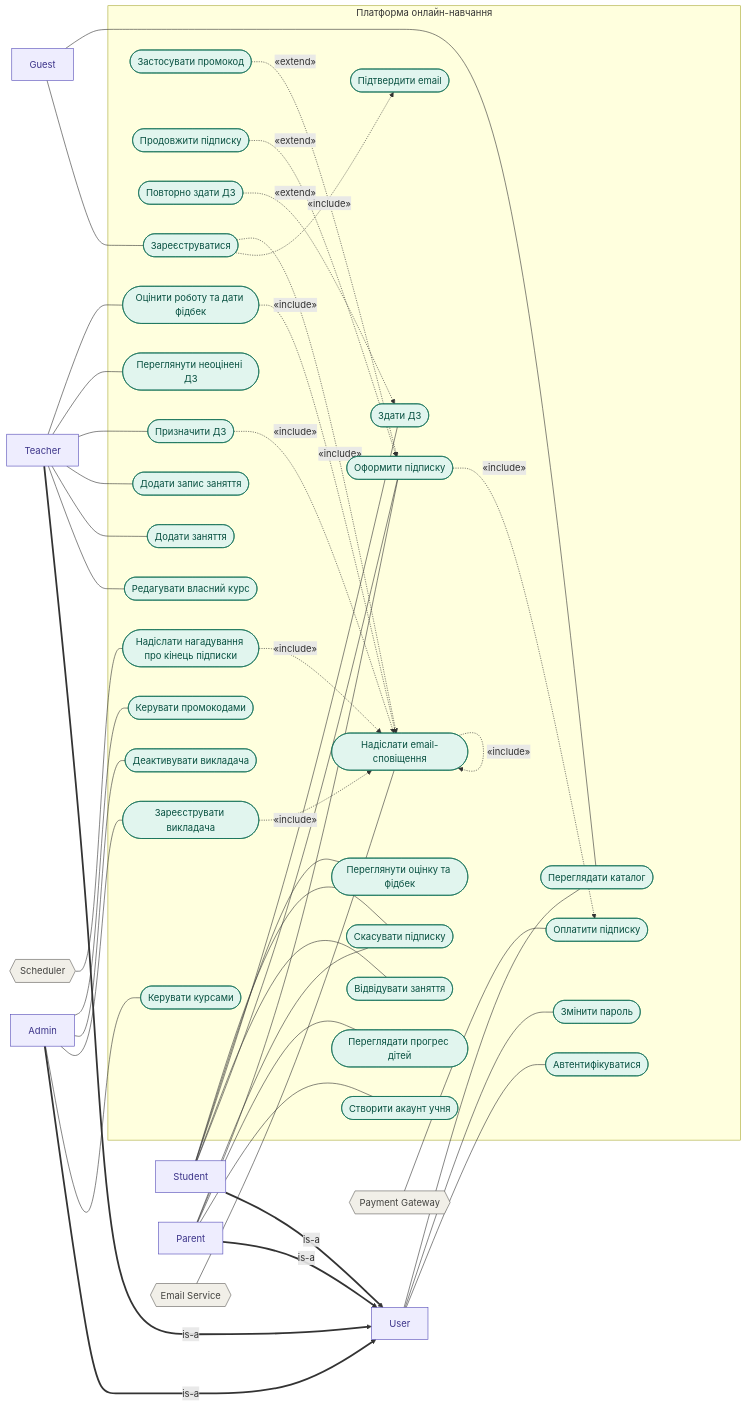
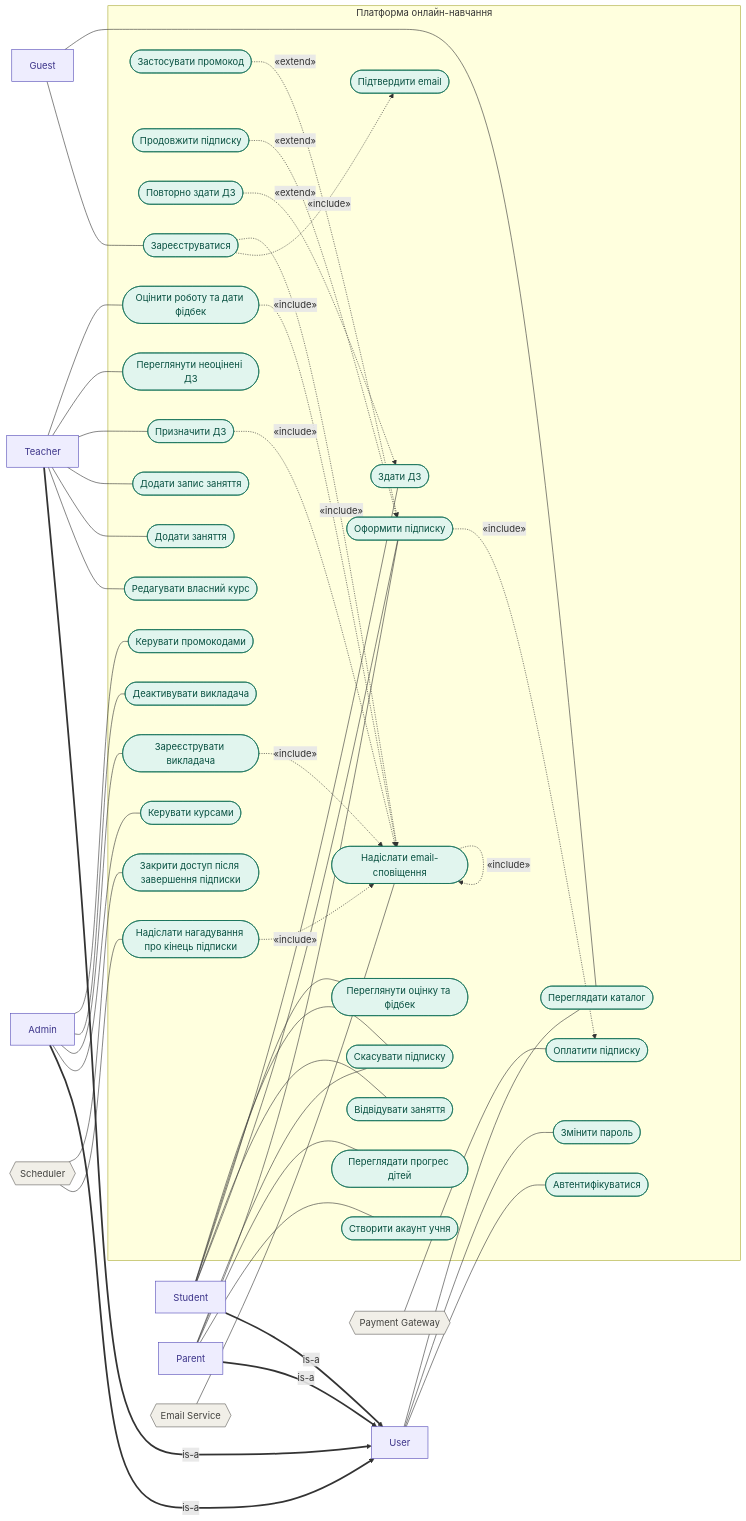
The diagram in Use Cases/use-case-diagram.mmd (grmaryna/MathHub), drawn with Mermaid before and after one commit. The commit also changed 2 other files, not shown here.

```diff
--- a/Use Cases/use-case-diagram.mmd
+++ b/Use Cases/use-case-diagram.mmd
@@ -1,95 +1,97 @@
 flowchart LR
   U["User"]:::human
   G["Guest"]:::human
   S["Student"]:::human
   P["Parent"]:::human
   T["Teacher"]:::human
   A["Admin"]:::human
   PG{{"Payment Gateway"}}:::system
   ES{{"Email Service"}}:::system
   SCH{{"Scheduler"}}:::system
 
   S -->|"is-a"| U
   P -->|"is-a"| U
   T -->|"is-a"| U
   A -->|"is-a"| U
 
   subgraph SYS["Платформа онлайн-навчання"]
     UC1(["Зареєструватися"]):::uc
     UC2(["Підтвердити email"]):::uc
     UC3(["Автентифікуватися"]):::uc
     UC4(["Змінити пароль"]):::uc
     UC5(["Створити акаунт учня"]):::uc
     UC6(["Переглядати прогрес дітей"]):::uc
     UC7(["Оформити підписку"]):::uc
     UC8(["Оплатити підписку"]):::uc
     UC9(["Застосувати промокод"]):::uc
     UC10(["Продовжити підписку"]):::uc
     UC11(["Відвідувати заняття"]):::uc
     UC12(["Здати ДЗ"]):::uc
     UC13(["Повторно здати ДЗ"]):::uc
     UC14(["Переглянути оцінку та фідбек"]):::uc
     UC15(["Редагувати власний курс"]):::uc
     UC16(["Додати заняття"]):::uc
     UC17(["Додати запис заняття"]):::uc
     UC18(["Призначити ДЗ"]):::uc
     UC19(["Переглянути неоцінені ДЗ"]):::uc
     UC20(["Оцінити роботу та дати фідбек"]):::uc
     UC21(["Керувати курсами"]):::uc
     UC22(["Зареєструвати викладача"]):::uc
     UC23(["Деактивувати викладача"]):::uc
     UC24(["Керувати промокодами"]):::uc
     UC25(["Надіслати email-сповіщення"]):::uc
     UC26(["Надіслати нагадування про кінець підписки"]):::uc
     UC27(["Переглядати каталог"]):::uc
     UC28(["Скасувати підписку"]):::uc
+    UC29(["Закрити доступ після завершення підписки"]):::uc
   end
 
   %% Асоціації
   G --- UC1
   G --- UC27
   U --- UC3
   U --- UC4
   U --- UC27
   P --- UC5
   P --- UC6
   P --- UC7
   P --- UC28
   S --- UC7
   S --- UC11
   S --- UC12
   S --- UC14
   S --- UC28
   T --- UC15
   T --- UC16
   T --- UC17
   T --- UC18
   T --- UC19
   T --- UC20
   A --- UC21
   A --- UC22
   A --- UC23
   A --- UC24
   PG --- UC8
   ES --- UC25
   SCH --- UC26
+  SCH --- UC29
 
   %% include: базовий UC -> включений
   UC1 -.->|"«include»"| UC2
   UC1 -.->|"«include»"| UC25
   UC7 -.->|"«include»"| UC8
   UC18 -.->|"«include»"| UC25
   UC20 -.->|"«include»"| UC25
   UC22 -.->|"«include»"| UC25
   UC26 -.->|"«include»"| UC25
   UC25 -.->|"«include»"| UC25
 
   %% extend: розширення -> базовий UC
   UC9 -.->|"«extend»"| UC7
   UC10 -.->|"«extend»"| UC7
   UC13 -.->|"«extend»"| UC12
 
   linkStyle 0,1,2,3 stroke-width:3px
   classDef human fill:#EEEDFE,stroke:#534AB7,color:#3C3489
   classDef system fill:#F1EFE8,stroke:#5F5E5A,color:#444441
   classDef uc fill:#E1F5EE,stroke:#0F6E56,color:#085041
```
